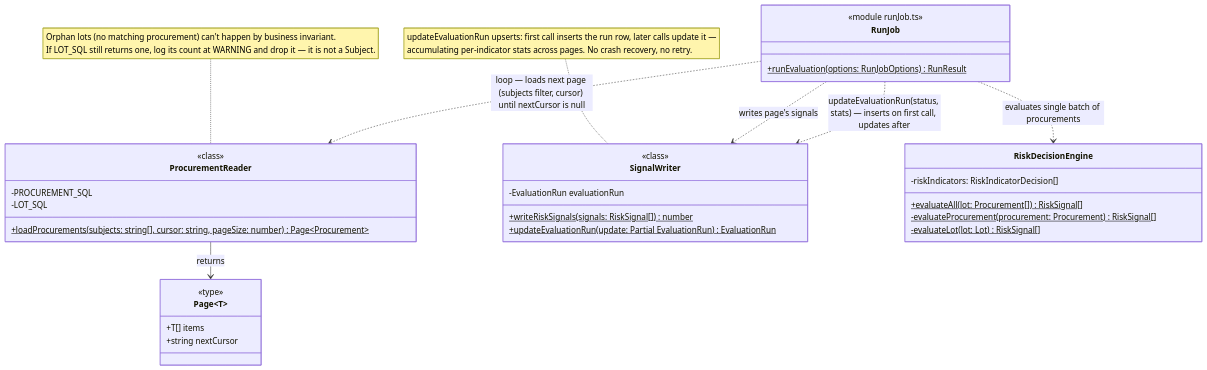
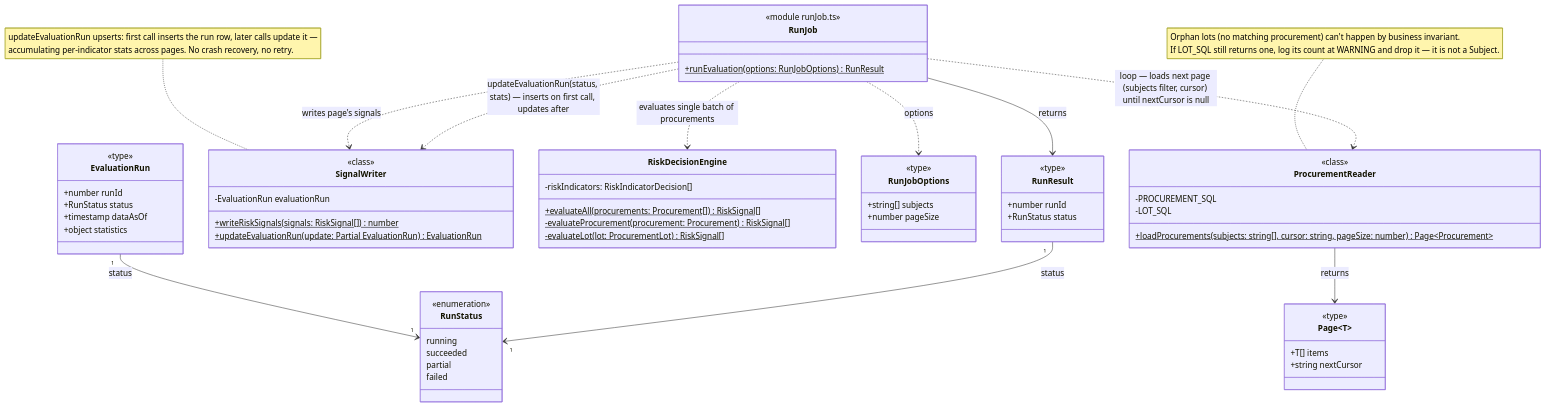
One commit to Viespirkiu-grupe/viespirkiai changed the second of 5 diagrams in docs/indicators-story/risk-service-architecture-v2.md. Above: the diagram before and after it, drawn with Mermaid. The commit also changed other lines of this file, not shown here.

````diff
--- a/docs/indicators-story/risk-service-architecture-v2.md
+++ b/docs/indicators-story/risk-service-architecture-v2.md
@@ -36,44 +36,77 @@
 ```mermaid
 classDiagram
     class ProcurementReader {
         <<class>>
         -PROCUREMENT_SQL
         -LOT_SQL
         +loadProcurements(subjects: string[], cursor: string, pageSize: number)$ Page~Procurement~
     }
     note for ProcurementReader "Orphan lots (no matching procurement) can't happen by business invariant.
     If LOT_SQL still returns one, log its count at WARNING and drop it — it is not a Subject."
 
     class Page~T~ {
         <<type>>
         +T[] items
         +string nextCursor
     }
 
     class SignalWriter {
         <<class>>
         -EvaluationRun evaluationRun
         +writeRiskSignals(signals: RiskSignal[])$ number
         +updateEvaluationRun(update: Partial EvaluationRun)$ EvaluationRun
     }
     note for SignalWriter "updateEvaluationRun upserts: first call inserts the run row, later calls update it —
     accumulating per-indicator stats across pages. No crash recovery, no retry."
 
     class RunJob {
         <<module runJob.ts>>
         +runEvaluation(options: RunJobOptions)$ RunResult
     }
 
     class RiskDecisionEngine {
         -riskIndicators: RiskIndicatorDecision[]
-        +evaluateAll(lot: Procurement[])$ RiskSignal[]
+        +evaluateAll(procurements: Procurement[])$ RiskSignal[]
         -evaluateProcurement(procurement: Procurement)$ RiskSignal[]
-        -evaluateLot(lot: Lot)$ RiskSignal[]        
+        -evaluateLot(lot: ProcurementLot)$ RiskSignal[]
     }
+
+    class RunJobOptions {
+        <<type>>
+        +string[] subjects
+        +number pageSize
+    }
+
+    class RunResult {
+        <<type>>
+        +number runId
+        +RunStatus status
+    }
+
+    class EvaluationRun {
+        <<type>>
+        +number runId
+        +RunStatus status
+        +timestamp dataAsOf
+        +object statistics
+    }
+
+    class RunStatus {
+        <<enumeration>>
+        running
+        succeeded
+        partial
+        failed
+    }
+
+    EvaluationRun "1" --> "1" RunStatus: status
+    RunResult "1" --> "1" RunStatus: status
+    RunJob ..> RunJobOptions: options
+    RunJob --> RunResult: returns
 
     RunJob ..> ProcurementReader : loop — loads next page (subjects filter, cursor) until nextCursor is null
     ProcurementReader --> Page : returns
     RunJob ..> RiskDecisionEngine : evaluates single batch of procurements
     RunJob ..> SignalWriter : writes page's signals
     RunJob ..> SignalWriter : updateEvaluationRun(status, stats) — inserts on first call, updates after
 ```
````
